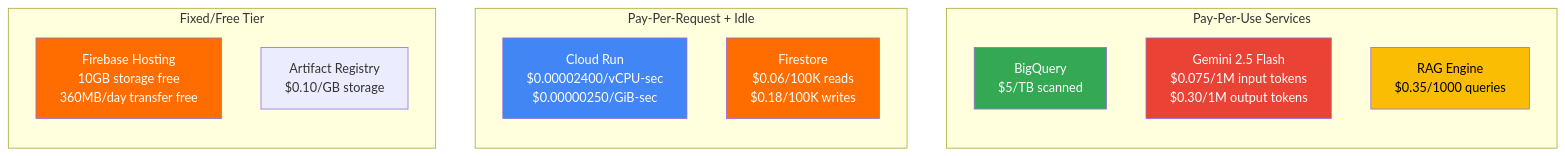
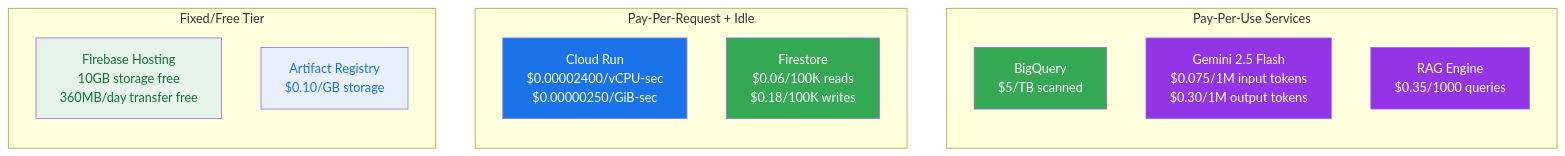
One commit to gadekar-pravin/InsightAgent changed diagram 18 of 23 in ARCHITECTURE.md. Above: the diagram before and after it, drawn with Mermaid. The commit also changed other lines of this file, not shown here.

First line of the commit message:
Implement consistent color theme for all Mermaid diagrams

````diff
--- a/ARCHITECTURE.md
+++ b/ARCHITECTURE.md
@@ -707,28 +799,29 @@
 ```mermaid
 flowchart TB
     subgraph "Pay-Per-Use Services"
         direction TB
         BQ[BigQuery<br/>$5/TB scanned]
         GEMINI[Gemini 2.5 Flash<br/>$0.075/1M input tokens<br/>$0.30/1M output tokens]
         RAG[RAG Engine<br/>$0.35/1000 queries]
     end
 
     subgraph "Pay-Per-Request + Idle"
         direction TB
         CR[Cloud Run<br/>$0.00002400/vCPU-sec<br/>$0.00000250/GiB-sec]
         FS[Firestore<br/>$0.06/100K reads<br/>$0.18/100K writes]
     end
 
     subgraph "Fixed/Free Tier"
         direction TB
         FH[Firebase Hosting<br/>10GB storage free<br/>360MB/day transfer free]
         AR[Artifact Registry<br/>$0.10/GB storage]
     end
 
     style BQ fill:#34A853,color:#fff
-    style GEMINI fill:#EA4335,color:#fff
-    style RAG fill:#FBBC04,color:#000
-    style CR fill:#4285F4,color:#fff
-    style FS fill:#FF6D01,color:#fff
-    style FH fill:#FF6D01,color:#fff
+    style GEMINI fill:#9334E6,color:#fff
+    style RAG fill:#9334E6,color:#fff
+    style CR fill:#1A73E8,color:#fff
+    style FS fill:#34A853,color:#fff
+    style FH fill:#E6F4EA,color:#137333
+    style AR fill:#E8F0FE,color:#1A73E8
 ```
````
